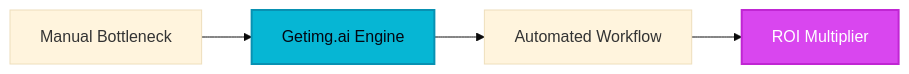
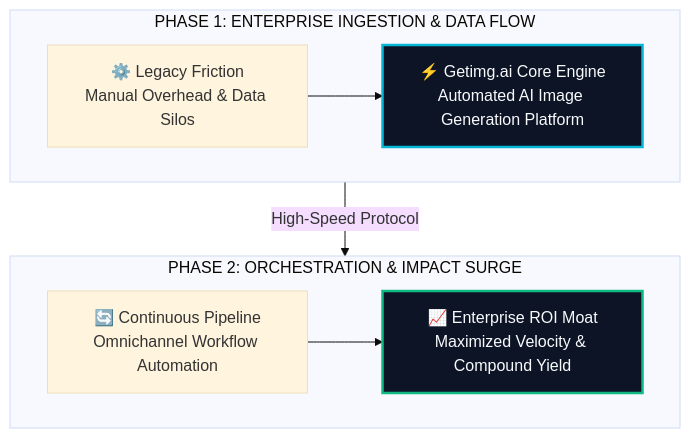
The diagram in site/src/content/blog/getimg-ai-evolution-guide-2026.md (heliatech-media/saas-radar), drawn with Mermaid (base theme) before and after one commit. The commit also changed 97 other files, not shown here.

First line of the commit message:
feat(diagrams): upgrade all article architecture schemas to high-impact 2-tier responsive vector blueprints

````diff
--- a/site/src/content/blog/getimg-ai-evolution-guide-2026.md
+++ b/site/src/content/blog/getimg-ai-evolution-guide-2026.md
@@ -47,8 +47,14 @@
 ```mermaid
-flowchart LR
-    A[Manual Bottleneck] --> B[Getimg.ai Engine]
-    B --> C[Automated Workflow]
-    C --> D[ROI Multiplier]
-    style B fill:#06b6d4,stroke:#0891b2,stroke-width:2px,color:#030712
-    style D fill:#d946ef,stroke:#c026d3,stroke-width:2px,color:#ffffff
+flowchart TD
+    subgraph S1["PHASE 1: ENTERPRISE INGESTION & DATA FLOW"]
+        direction LR
+        A["⚙️ Legacy Friction<br/>Manual Overhead & Data Silos"] --> B["⚡ Getimg.ai Core Engine<br/>Automated AI Image Generation Platform"]
+    end
+    subgraph S2["PHASE 2: ORCHESTRATION & IMPACT SURGE"]
+        direction LR
+        C["🔄 Continuous Pipeline<br/>Omnichannel Workflow Automation"] --> D["📈 Enterprise ROI Moat<br/>Maximized Velocity & Compound Yield"]
+    end
+    S1 -->|High-Speed Protocol| S2
+    style B fill:#0c1425,stroke:#06b6d4,stroke-width:2.5px,color:#f8fafc
+    style D fill:#0c1425,stroke:#10b981,stroke-width:2.5px,color:#f8fafc
 ```
````
